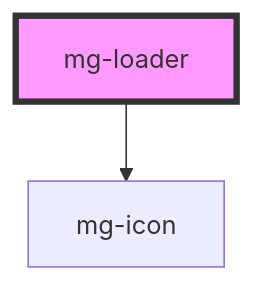
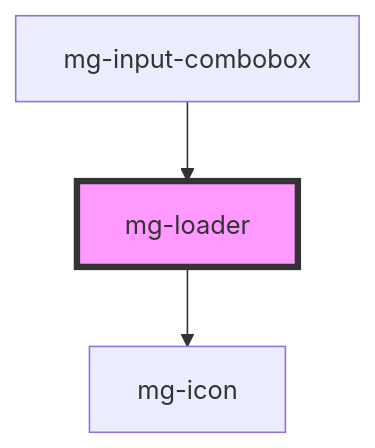
One commit to MGDIS/core-ui changed the diagram in packages/mg-components/src/components/molecules/mg-loader/readme.md. Above: the diagram before and after it, drawn with Mermaid. The commit also changed other lines of this file and 26 other files, not shown here.

First line of the commit message:
feat(mgInputCombobox): add component

````diff
--- a/packages/mg-components/src/components/molecules/mg-loader/readme.md
+++ b/packages/mg-components/src/components/molecules/mg-loader/readme.md
@@ -21,5 +25,6 @@
 ```mermaid
 graph TD;
   mg-loader --> mg-icon
+  mg-input-combobox --> mg-loader
   style mg-loader fill:#f9f,stroke:#333,stroke-width:4px
 ```
````
